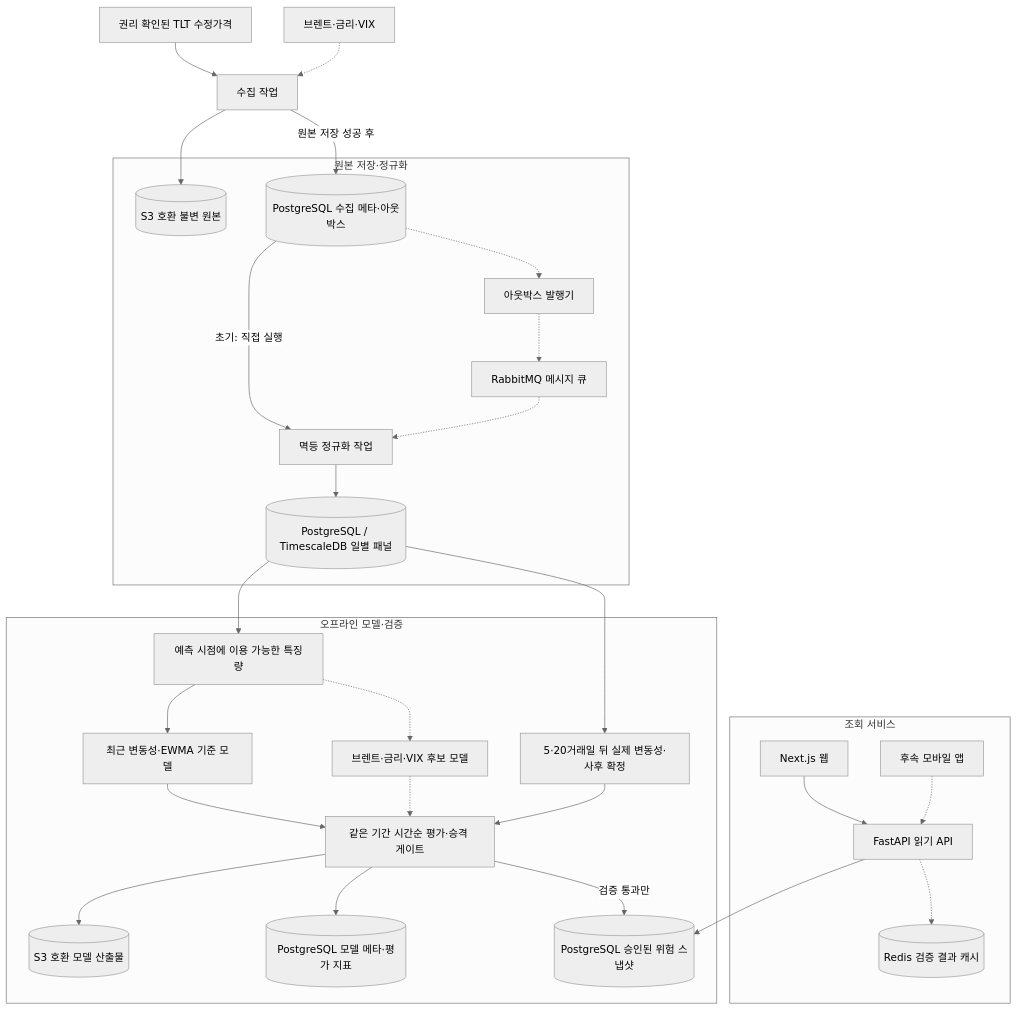
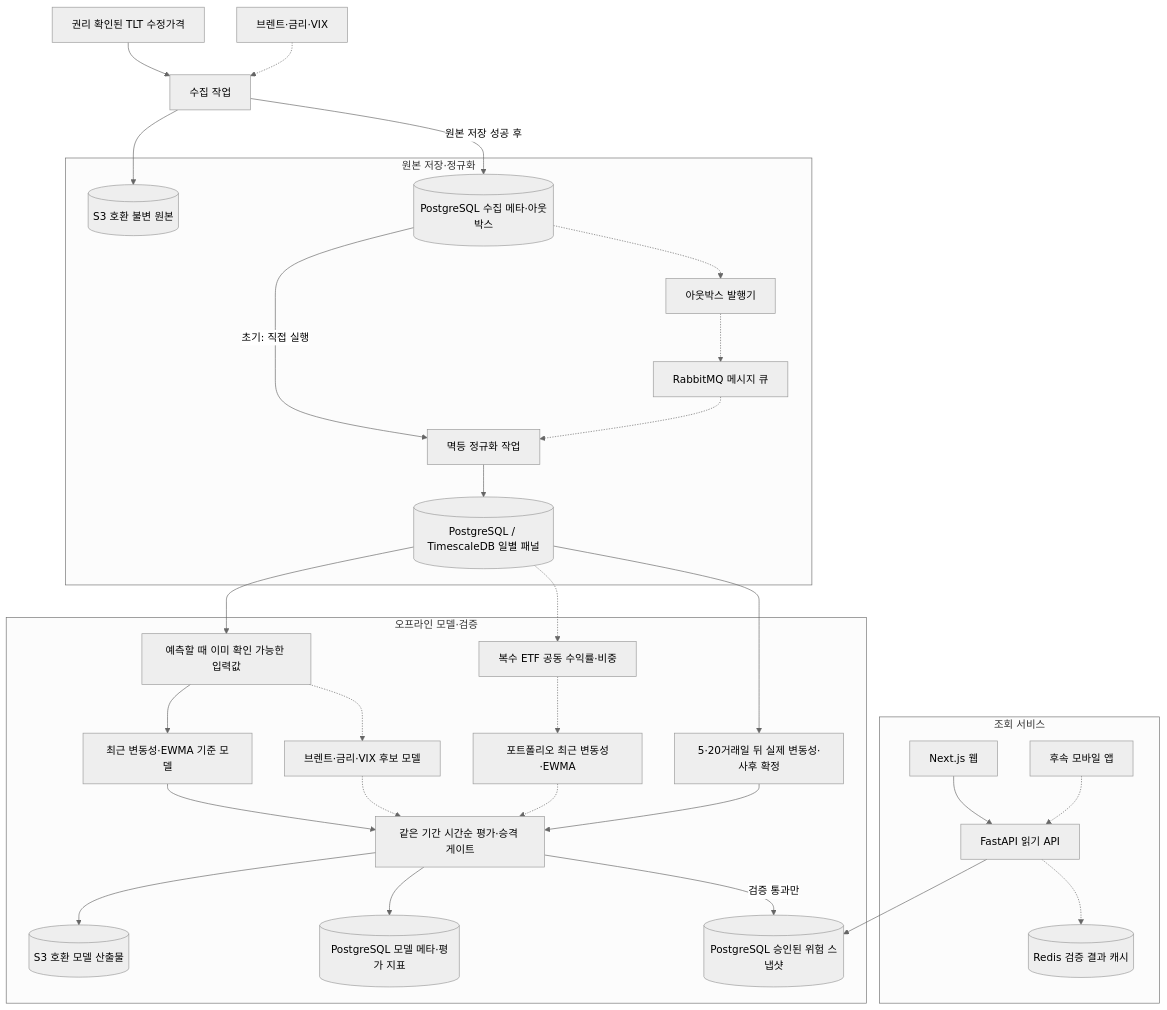
One commit to AnDev77/ShockGarph_AI changed the first of 2 diagrams in docs/architecture.md. Above: the diagram before and after it, drawn with Mermaid (neutral theme). The commit also changed other lines of this file and 11 other files, not shown here.

Commit message:
feat: 공동 포트폴리오 변동성 기준선과 연구 방법론 적용

````diff
--- a/docs/architecture.md
+++ b/docs/architecture.md
@@ -12,51 +12,55 @@
 ```mermaid
 flowchart TB
     S["권리 확인된 TLT 수정가격"] --> C["수집 작업"]
     O["브렌트·금리·VIX"] -.-> C
 
     subgraph DATA["원본 저장·정규화"]
         RAW[("S3 호환 불변 원본")]
         META[("PostgreSQL 수집 메타·아웃박스")]
         PUB["아웃박스 발행기"]
         MQ["RabbitMQ 메시지 큐"]
         N["멱등 정규화 작업"]
         PANEL[("PostgreSQL / TimescaleDB 일별 패널")]
     end
     C --> RAW
     C -->|원본 저장 성공 후| META
     META -->|초기: 직접 실행| N
     META -.-> PUB
     PUB -.-> MQ
     MQ -.-> N
     N --> PANEL
 
     subgraph MODEL["오프라인 모델·검증"]
-        F["예측 시점에 이용 가능한 특징량"]
+        F["예측할 때 이미 확인 가능한 입력값"]
         L["5·20거래일 뒤 실제 변동성·사후 확정"]
         B["최근 변동성·EWMA 기준 모델"]
         M["브렌트·금리·VIX 후보 모델"]
+        P["복수 ETF 공동 수익률·비중"]
+        PB["포트폴리오 최근 변동성·EWMA"]
         E["같은 기간 시간순 평가·승격 게이트"]
         ART[("S3 호환 모델 산출물")]
         REG[("PostgreSQL 모델 메타·평가 지표")]
         SNAP[("PostgreSQL 승인된 위험 스냅샷")]
     end
     PANEL --> F
     PANEL --> L
     F --> B --> E
     F -.-> M -.-> E
+    PANEL -.-> P
+    P -.-> PB -.-> E
     L --> E
     E --> ART
     E --> REG
     E -->|검증 통과만| SNAP
 
     subgraph SERVE["조회 서비스"]
         WEB["Next.js 웹"]
         APP["후속 모바일 앱"]
         API["FastAPI 읽기 API"]
         CACHE[("Redis 검증 결과 캐시")]
     end
     WEB --> API
     APP -.-> API
     API --> SNAP
     API -.-> CACHE
 ```
````
